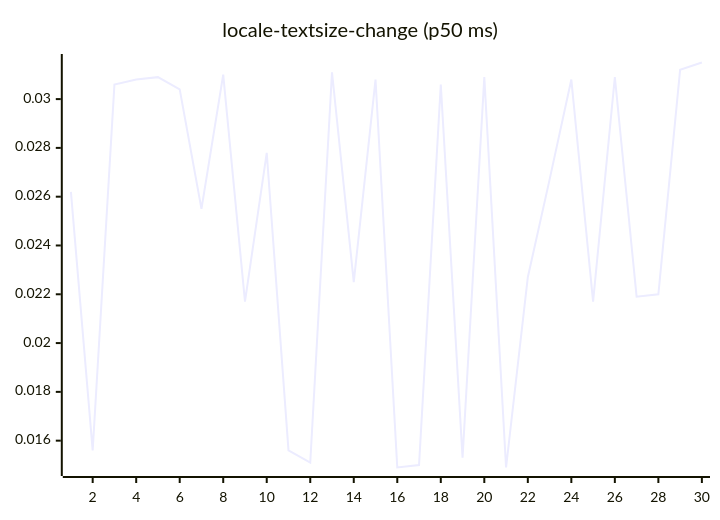
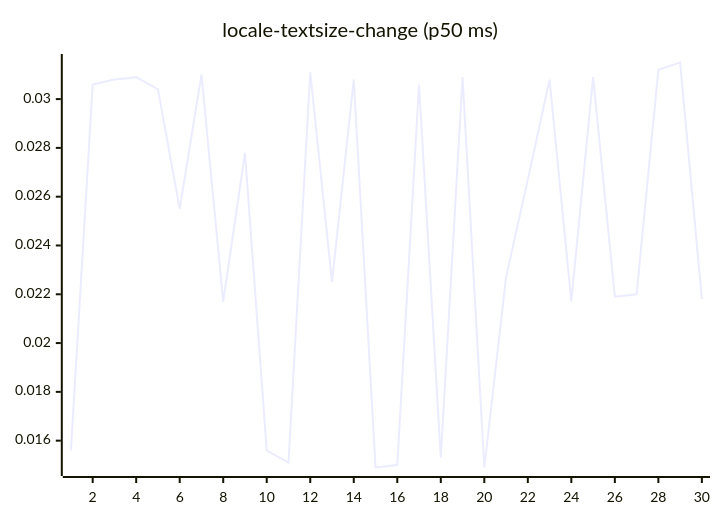
Diagram 13 of 27 in README.md (josha/Facet), drawn with Mermaid before and after one commit. The commit also changed other lines of this file and 2 other files, not shown here.

````diff
--- a/README.md
+++ b/README.md
@@ -147,6 +147,6 @@
 ```mermaid
 xychart-beta
     title "locale-textsize-change (p50 ms)"
     x-axis 1 --> 30
-    line [0.0262, 0.0156, 0.0306, 0.0308, 0.0309, 0.0304, 0.0255, 0.0310, 0.0217, 0.0278, 0.0156, 0.0151, 0.0311, 0.0225, 0.0308, 0.0149, 0.0150, 0.0306, 0.0153, 0.0309, 0.0149, 0.0227, 0.0267, 0.0308, 0.0217, 0.0309, 0.0219, 0.0220, 0.0312, 0.0315]
+    line [0.0156, 0.0306, 0.0308, 0.0309, 0.0304, 0.0255, 0.0310, 0.0217, 0.0278, 0.0156, 0.0151, 0.0311, 0.0225, 0.0308, 0.0149, 0.0150, 0.0306, 0.0153, 0.0309, 0.0149, 0.0227, 0.0267, 0.0308, 0.0217, 0.0309, 0.0219, 0.0220, 0.0312, 0.0315, 0.0218]
 ```
````
